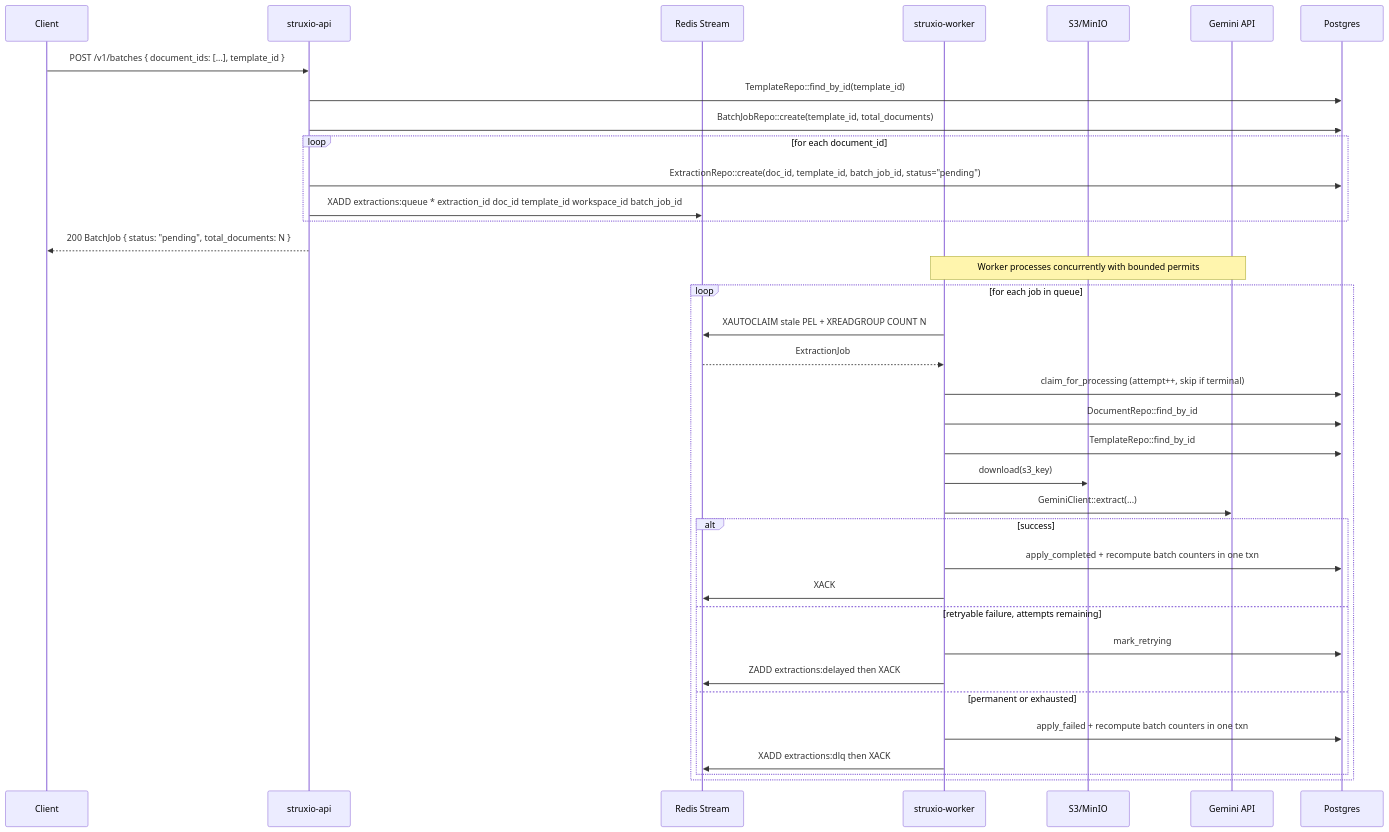
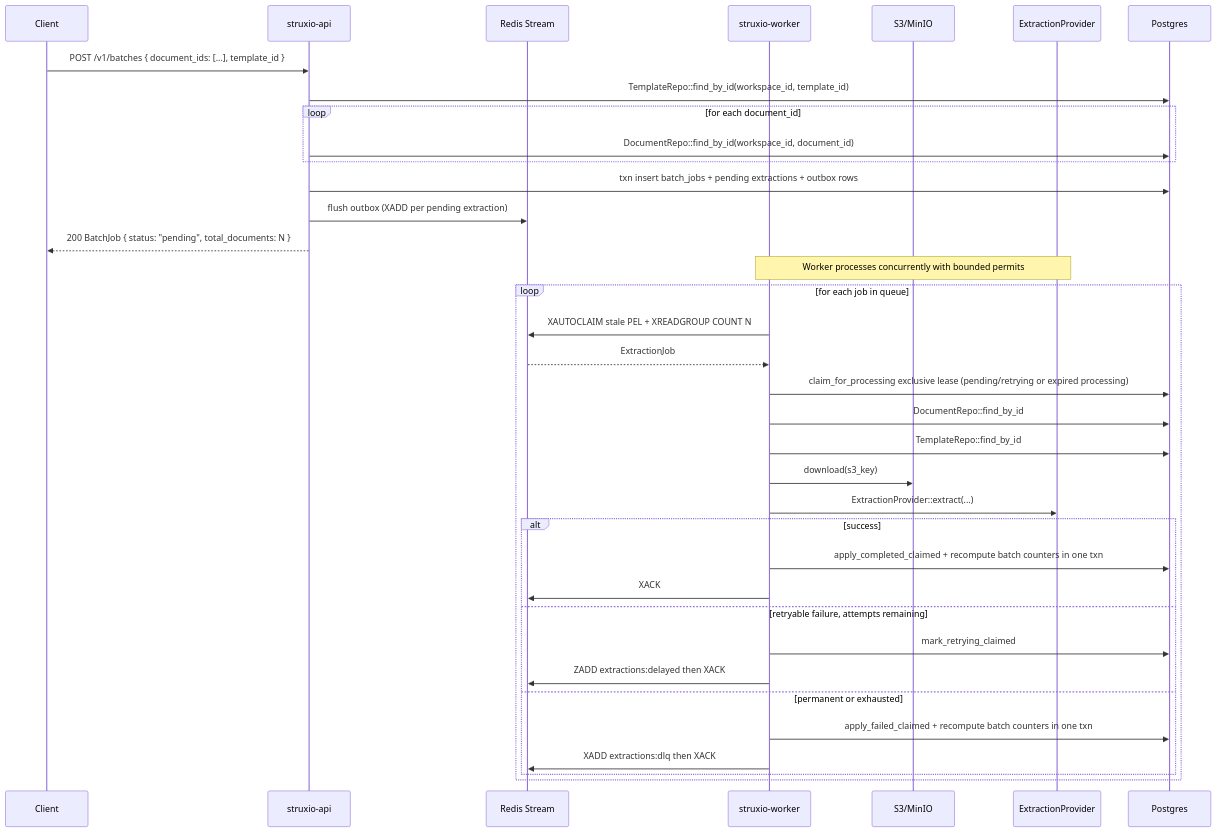
One commit to Struxio/struxio changed the fifth of 5 diagrams in ARCHITECTURE.md. Above: the diagram before and after it, drawn with Mermaid. The commit also changed other lines of this file and 8 other files, not shown here.

First line of the commit message:
fix: honest batch status and sanitize provider errors

````diff
--- a/ARCHITECTURE.md
+++ b/ARCHITECTURE.md
@@ -279,40 +284,40 @@
 ```mermaid
 sequenceDiagram
     participant C as Client
     participant API as struxio-api
     participant Q as Redis Stream
     participant W as struxio-worker
     participant S3 as S3/MinIO
-    participant G as Gemini API
+    participant P as ExtractionProvider
     participant DB as Postgres
 
     C->>API: POST /v1/batches { document_ids: [...], template_id }
-    API->>DB: TemplateRepo::find_by_id(template_id)
-    API->>DB: BatchJobRepo::create(template_id, total_documents)
+    API->>DB: TemplateRepo::find_by_id(workspace_id, template_id)
     loop for each document_id
-        API->>DB: ExtractionRepo::create(doc_id, template_id, batch_job_id, status="pending")
-        API->>Q: XADD extractions:queue * extraction_id doc_id template_id workspace_id batch_job_id
+        API->>DB: DocumentRepo::find_by_id(workspace_id, document_id)
     end
+    API->>DB: txn insert batch_jobs + pending extractions + outbox rows
+    API->>Q: flush outbox (XADD per pending extraction)
     API-->>C: 200 BatchJob { status: "pending", total_documents: N }
 
-    Note over W,G: Worker processes concurrently with bounded permits
+    Note over W,P: Worker processes concurrently with bounded permits
     loop for each job in queue
         W->>Q: XAUTOCLAIM stale PEL + XREADGROUP COUNT N
         Q-->>W: ExtractionJob
-        W->>DB: claim_for_processing (attempt++, skip if terminal)
+        W->>DB: claim_for_processing exclusive lease (pending/retrying or expired processing)
         W->>DB: DocumentRepo::find_by_id
         W->>DB: TemplateRepo::find_by_id
         W->>S3: download(s3_key)
-        W->>G: GeminiClient::extract(...)
+        W->>P: ExtractionProvider::extract(...)
         alt success
-            W->>DB: apply_completed + recompute batch counters in one txn
+            W->>DB: apply_completed_claimed + recompute batch counters in one txn
             W->>Q: XACK
         else retryable failure, attempts remaining
-            W->>DB: mark_retrying
+            W->>DB: mark_retrying_claimed
             W->>Q: ZADD extractions:delayed then XACK
         else permanent or exhausted
-            W->>DB: apply_failed + recompute batch counters in one txn
+            W->>DB: apply_failed_claimed + recompute batch counters in one txn
             W->>Q: XADD extractions:dlq then XACK
         end
     end
 ```
````
